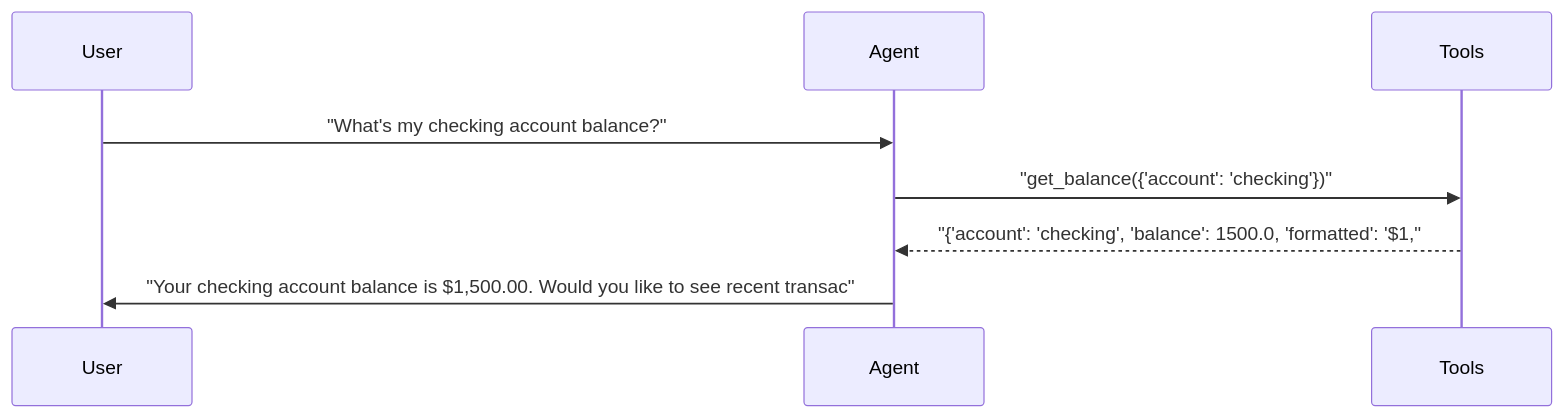
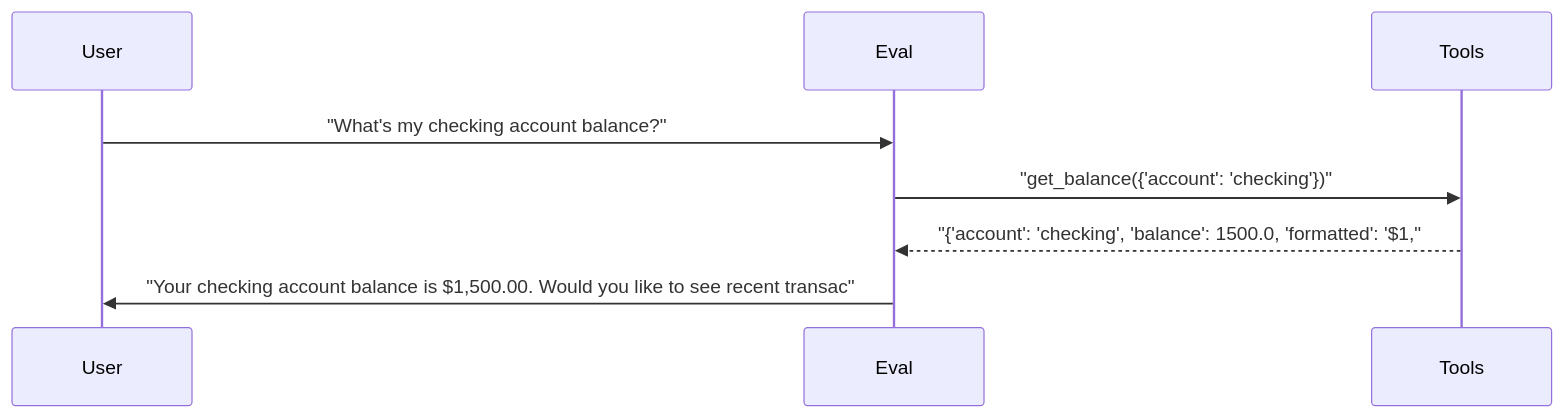
One commit to sbroenne/pytest-skill-engineering changed the first of 24 diagrams in docs/demo/hero-report.md. Above: the diagram before and after it, drawn with Mermaid. The commit also changed other lines of this file and 155 other files, not shown here.

````diff
--- a/docs/demo/hero-report.md
+++ b/docs/demo/hero-report.md
@@ -233,11 +233,11 @@
 ```mermaid
 sequenceDiagram
     participant User
-    participant Agent
+    participant Eval
     participant Tools
 
-    User->>Agent: "What's my checking account balance?"
-    Agent->>Tools: "get_balance({'account': 'checking'})"
-    Tools-->>Agent: "{'account': 'checking', 'balance': 1500.0, 'formatted': '$1,"
-    Agent->>User: "Your checking account balance is $1,500.00. Would you like to see recent transac"
+    User->>Eval: "What's my checking account balance?"
+    Eval->>Tools: "get_balance({'account': 'checking'})"
+    Tools-->>Eval: "{'account': 'checking', 'balance': 1500.0, 'formatted': '$1,"
+    Eval->>User: "Your checking account balance is $1,500.00. Would you like to see recent transac"
 ```
````
